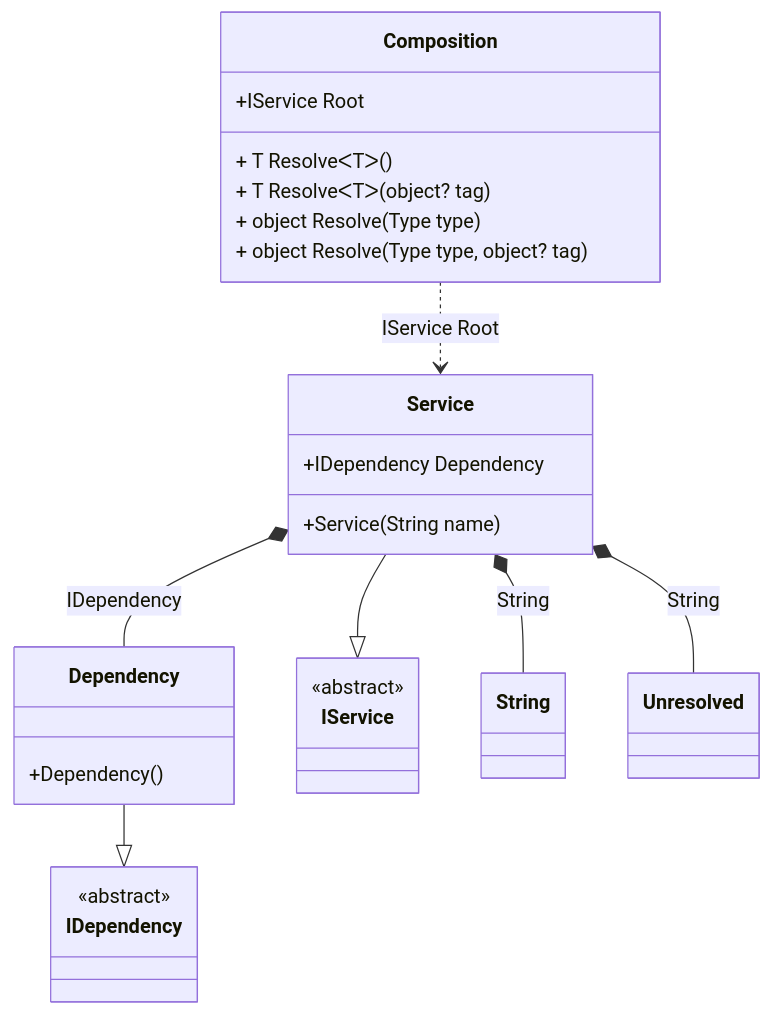
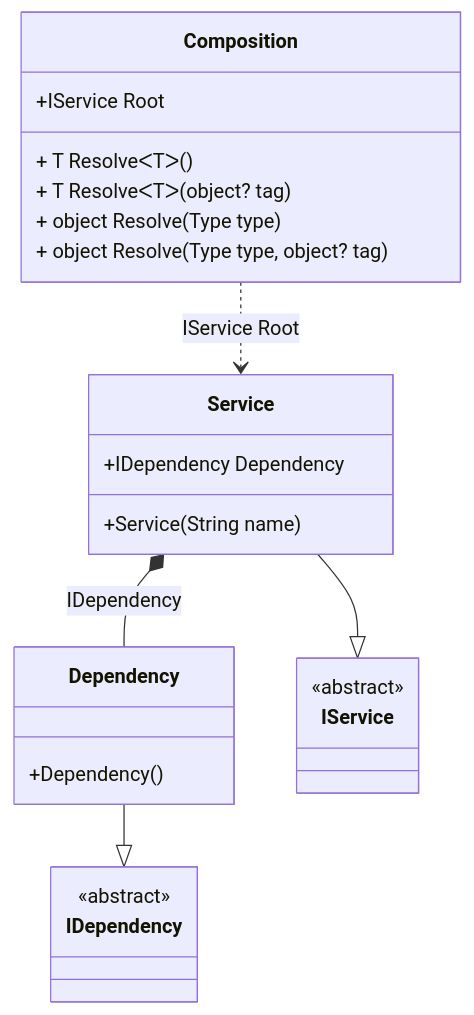
The diagram in readme/default-values.md (DevTeam/Pure.DI), drawn with Mermaid before and after one commit. The commit also changed other lines of this file and 76 other files, not shown here.

````diff
--- a/readme/default-values.md
+++ b/readme/default-values.md
@@ -37,29 +37,27 @@
 ```mermaid
 classDiagram
   class Composition {
     +IService Root
     + T ResolveᐸTᐳ()
     + T ResolveᐸTᐳ(object? tag)
     + object Resolve(Type type)
     + object Resolve(Type type, object? tag)
   }
   Dependency --|> IDependency : 
   class Dependency {
     +Dependency()
   }
   Service --|> IService : 
   class Service {
     +Service(String name)
     +IDependency Dependency
   }
   class IDependency {
     <<abstract>>
   }
   class IService {
     <<abstract>>
   }
-  Service *--  String : String
-  Service *--  Unresolved : String
   Service *--  Dependency : IDependency
   Composition ..> Service : IService Root
 ```
````
